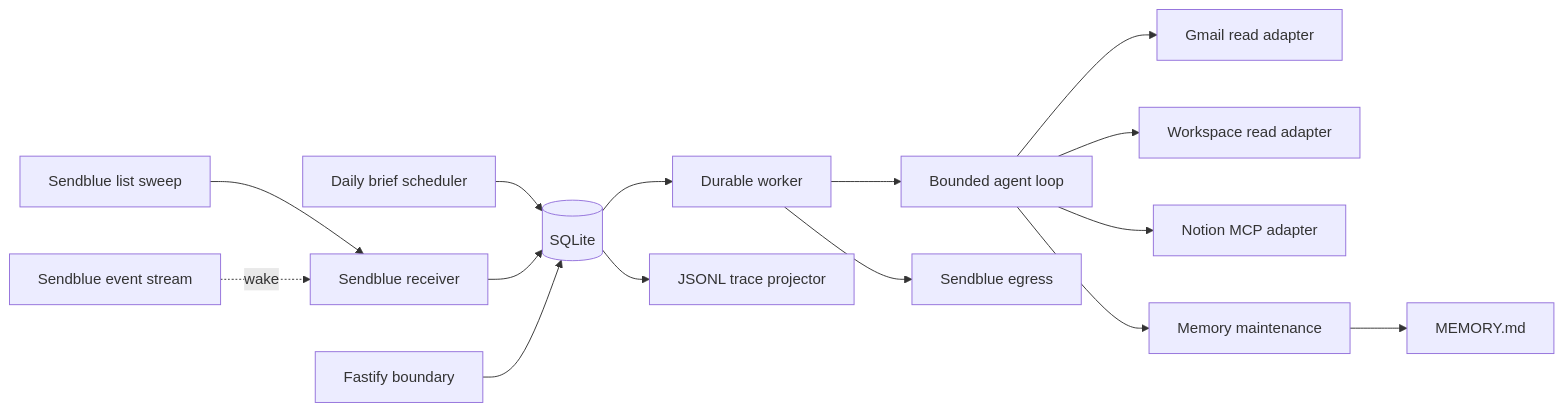
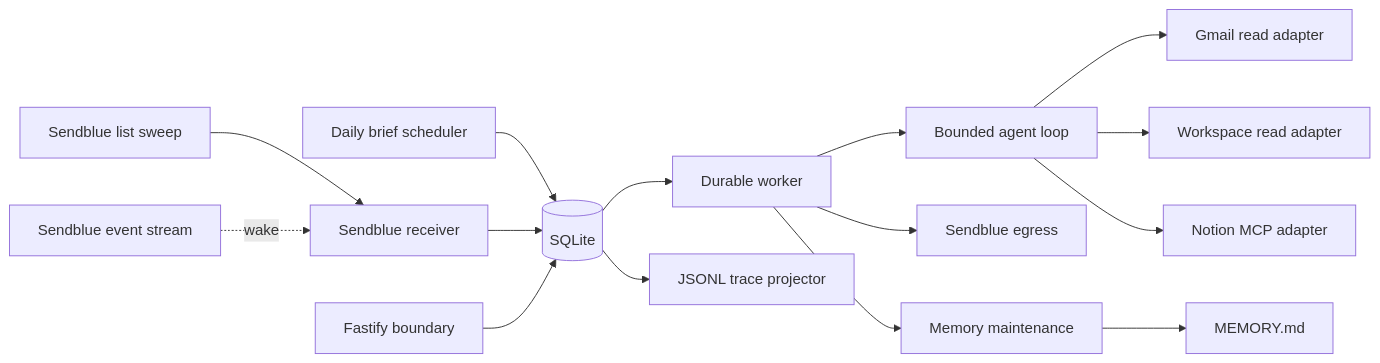
One commit to bgar324/annie changed the diagram in docs/architecture.md. Above: the diagram before and after it, drawn with Mermaid. The commit also changed other lines of this file and 24 other files, not shown here.

````diff
--- a/docs/architecture.md
+++ b/docs/architecture.md
@@ -23,17 +23,17 @@
 ```mermaid
 flowchart LR
   S[Sendblue list sweep] --> R[Sendblue receiver]
   X[Sendblue event stream] -. wake .-> R
   B[Daily brief scheduler] --> D
   R --> D[(SQLite)]
   D --> W[Durable worker]
   W --> A[Bounded agent loop]
   A --> G[Gmail read adapter]
   A --> GW[Workspace read adapter]
   A --> N[Notion MCP adapter]
   W --> E[Sendblue egress]
-  A --> MM[Memory maintenance]
+  W --> MM[Memory maintenance]
   MM --> F[MEMORY.md]
   D --> T[JSONL trace projector]
   H[Fastify boundary] --> D
 ```
````
